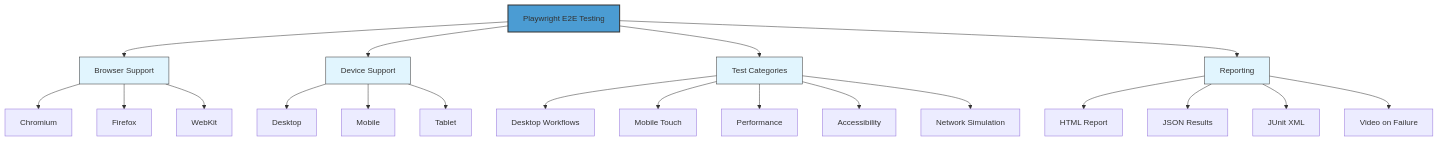
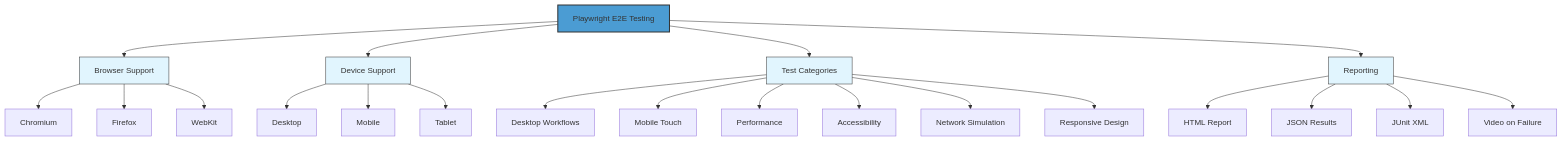
Before and after one commit to Lego4005/nfl-predictor-api: the first of 4 diagrams in .qoder/repowiki/en/content/Testing Strategy/Testing Strategy.md, drawn with Mermaid. The commit also changed other lines of this file and 146 other files, not shown here.

````diff
--- a/.qoder/repowiki/en/content/Testing Strategy/Testing Strategy.md
+++ b/.qoder/repowiki/en/content/Testing Strategy/Testing Strategy.md
@@ -47,27 +60,28 @@
 ```mermaid
 graph TD
 A[Playwright E2E Testing] --> B[Browser Support]
 A --> C[Device Support]
 A --> D[Test Categories]
 A --> E[Reporting]
 B --> B1[Chromium]
 B --> B2[Firefox]
 B --> B3[WebKit]
 C --> C1[Desktop]
 C --> C2[Mobile]
 C --> C3[Tablet]
 D --> D1[Desktop Workflows]
 D --> D2[Mobile Touch]
 D --> D3[Performance]
 D --> D4[Accessibility]
 D --> D5[Network Simulation]
+D --> D6[Responsive Design]
 E --> E1[HTML Report]
 E --> E2[JSON Results]
 E --> E3[JUnit XML]
 E --> E4[Video on Failure]
 style A fill:#4B9CD3,stroke:#333,stroke-width:2px
 style B fill:#E1F5FE,stroke:#333
 style C fill:#E1F5FE,stroke:#333
 style D fill:#E1F5FE,stroke:#333
 style E fill:#E1F5FE,stroke:#333
 ```
````
